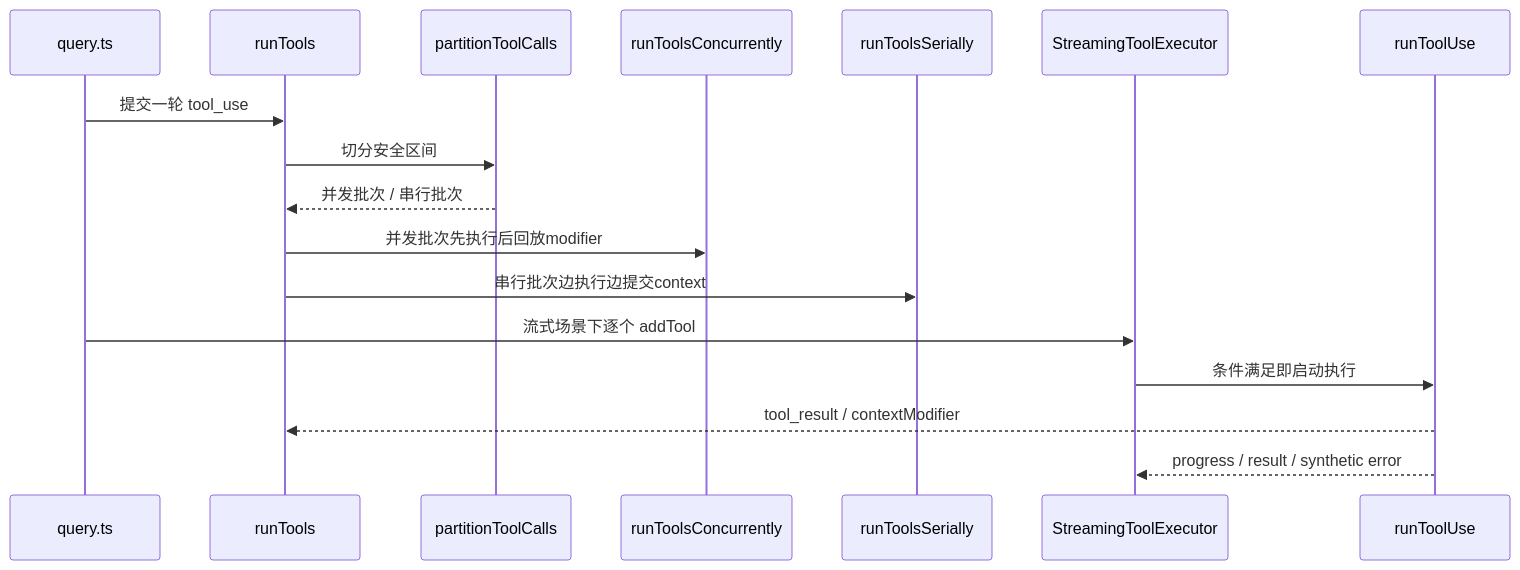
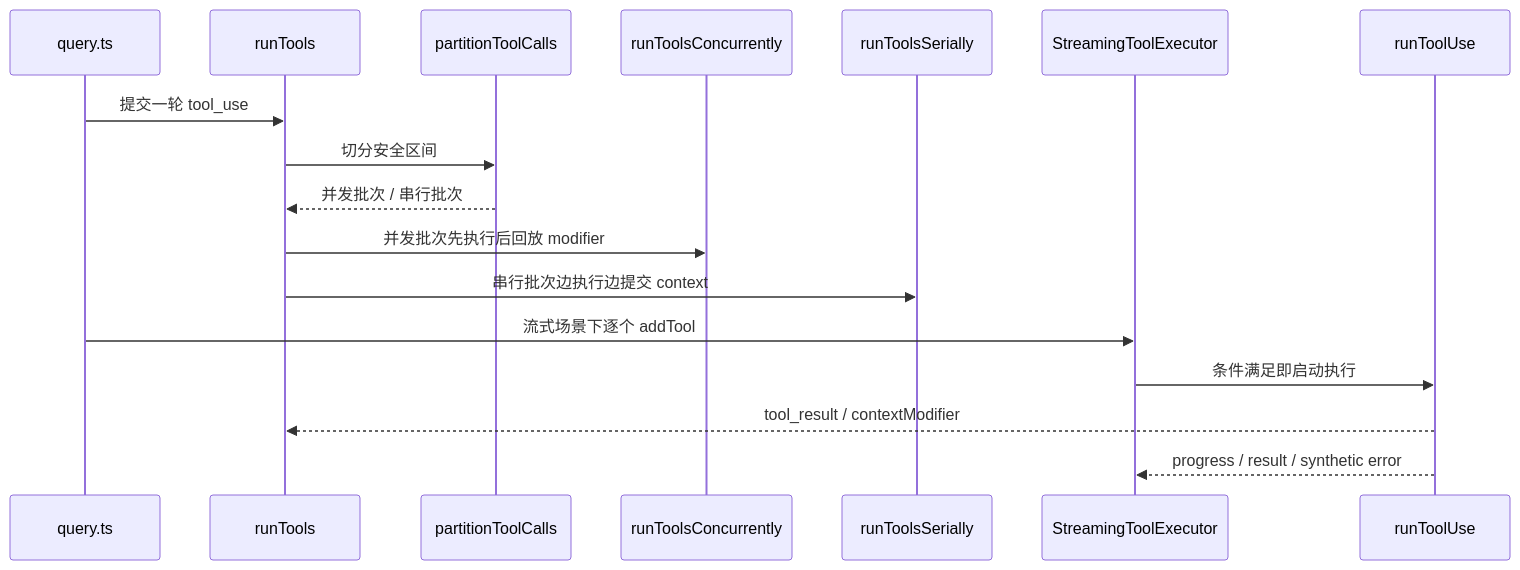
One commit to Wukung1010/claude_code_book changed the diagram in book/11-工具执行器与并发控制.md. Above: the diagram before and after it, drawn with Mermaid. The commit also changed other lines of this file and 23 other files, not shown here.

````diff
--- a/book/11-工具执行器与并发控制.md
+++ b/book/11-工具执行器与并发控制.md
@@ -331,20 +331,20 @@
 ```mermaid
 sequenceDiagram
     participant Q as query.ts
     participant RT as runTools
     participant PT as partitionToolCalls
     participant SC as runToolsConcurrently
     participant SS as runToolsSerially
     participant STE as StreamingToolExecutor
     participant TU as runToolUse
 
     Q->>RT: 提交一轮 tool_use
     RT->>PT: 切分安全区间
     PT-->>RT: 并发批次 / 串行批次
-    RT->>SC: 并发批次先执行后回放modifier
-    RT->>SS: 串行批次边执行边提交context
+    RT->>SC: 并发批次先执行后回放 modifier
+    RT->>SS: 串行批次边执行边提交 context
     Q->>STE: 流式场景下逐个 addTool
     STE->>TU: 条件满足即启动执行
     TU-->>RT: tool_result / contextModifier
     TU-->>STE: progress / result / synthetic error
 ```
````
